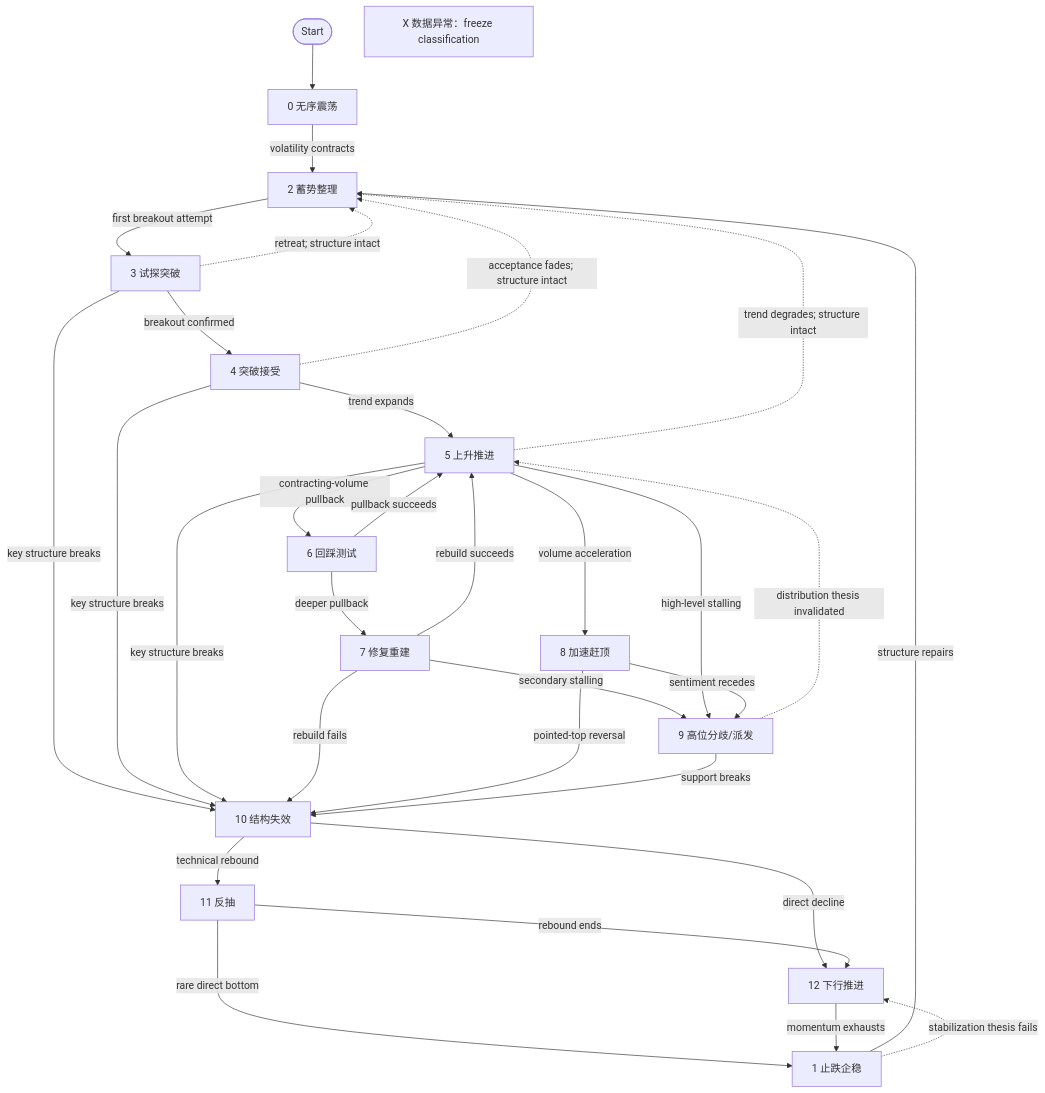
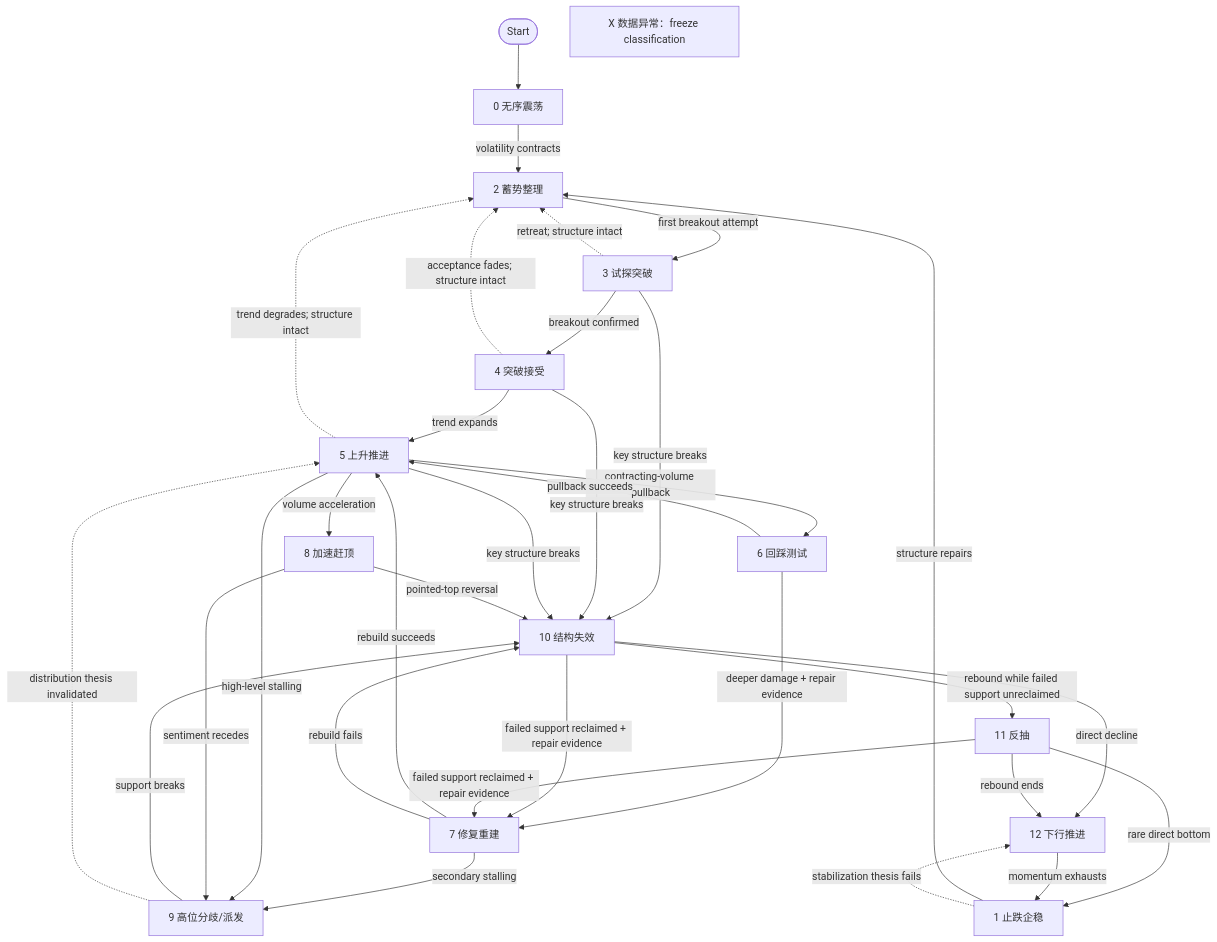
One commit to rv198-star/Quanthus changed the diagram in docs/design/stock-stage-state-machine.md. Above: the diagram before and after it, drawn with Mermaid. The commit also changed other lines of this file and 18 other files, not shown here.

````diff
--- a/docs/design/stock-stage-state-machine.md
+++ b/docs/design/stock-stage-state-machine.md
@@ -85,39 +85,41 @@
 ```mermaid
 flowchart TD
     START([Start]) --> S0["0 无序震荡"]
     S0 -->|volatility contracts| S2["2 蓄势整理"]
     S1["1 止跌企稳"] -->|structure repairs| S2
     S2 -->|first breakout attempt| S3["3 试探突破"]
     S3 -->|breakout confirmed| S4["4 突破接受"]
     S4 -->|trend expands| S5["5 上升推进"]
 
     S3 -.->|retreat; structure intact| S2
     S4 -.->|acceptance fades; structure intact| S2
     S5 -.->|trend degrades; structure intact| S2
     S3 -->|key structure breaks| S10["10 结构失效"]
     S4 -->|key structure breaks| S10
     S5 -->|key structure breaks| S10
 
     S5 -->|contracting-volume pullback| S6["6 回踩测试"]
     S6 -->|pullback succeeds| S5
-    S6 -->|deeper pullback| S7["7 修复重建"]
+    S6 -->|deeper damage + repair evidence| S7["7 修复重建"]
     S7 -->|rebuild succeeds| S5
     S7 -->|secondary stalling| S9["9 高位分歧/派发"]
     S7 -->|rebuild fails| S10
 
     S5 -->|volume acceleration| S8["8 加速赶顶"]
     S5 -->|high-level stalling| S9
     S8 -->|sentiment recedes| S9
     S8 -->|pointed-top reversal| S10
     S9 -->|support breaks| S10
 
-    S10 -->|technical rebound| S11["11 反抽"]
+    S10 -->|rebound while failed support unreclaimed| S11["11 反抽"]
+    S10 -->|failed support reclaimed + repair evidence| S7
     S10 -->|direct decline| S12["12 下行推进"]
+    S11 -->|failed support reclaimed + repair evidence| S7
     S11 -->|rebound ends| S12
     S11 -->|rare direct bottom| S1
     S1 -.->|stabilization thesis fails| S12
     S12 -->|momentum exhausts| S1
     S9 -.->|distribution thesis invalidated| S5
 
     SX["X 数据异常：freeze classification"]
 ```
````
